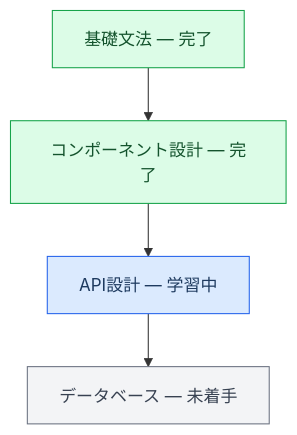
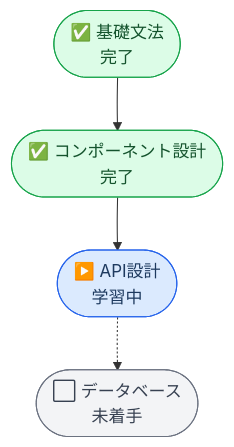
The third of 4 diagrams in articles/custom-learning-roadmap.md (Yucco-K/tech-blog-1), drawn with Mermaid before and after one commit. The commit also changed other lines of this file, not shown here.

Commit message:
improve: Mermaid図4つの見た目・可読性を改善

````diff
--- a/articles/custom-learning-roadmap.md
+++ b/articles/custom-learning-roadmap.md
@@ -130,13 +130,13 @@
 ```mermaid
 flowchart TD
-  A[基礎文法 — 完了] --> B[コンポーネント設計 — 完了]
-  B --> C[API設計 — 学習中]
-  C --> D[データベース — 未着手]
+  A(["✅ 基礎文法<br/>完了"]) --> B(["✅ コンポーネント設計<br/>完了"])
+  B --> C(["▶️ API設計<br/>学習中"])
+  C -.-> D(["⬜ データベース<br/>未着手"])
 
   classDef green fill:#dcfce7,stroke:#16a34a,color:#14532d
   classDef blue fill:#dbeafe,stroke:#2563eb,color:#1e3a5f
   classDef gray fill:#f3f4f6,stroke:#6b7280,color:#374151
   class A,B green
   class C blue
   class D gray
 ```
````
